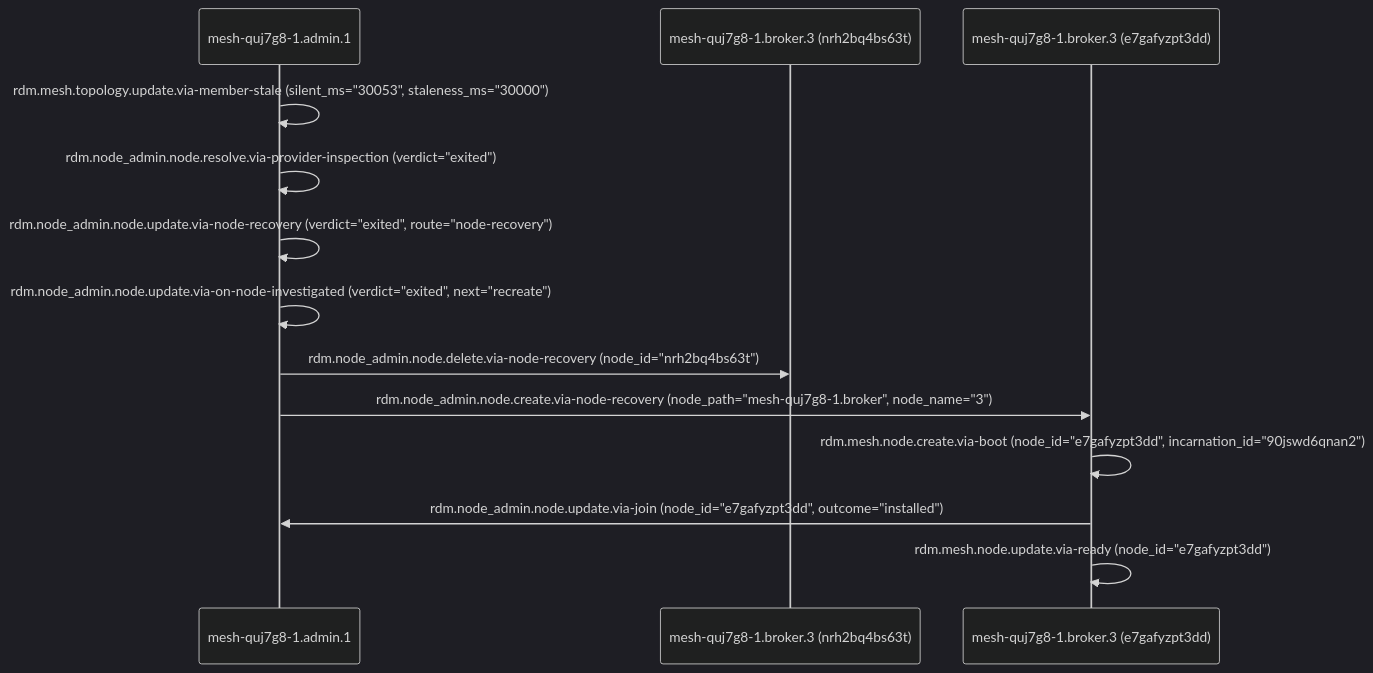
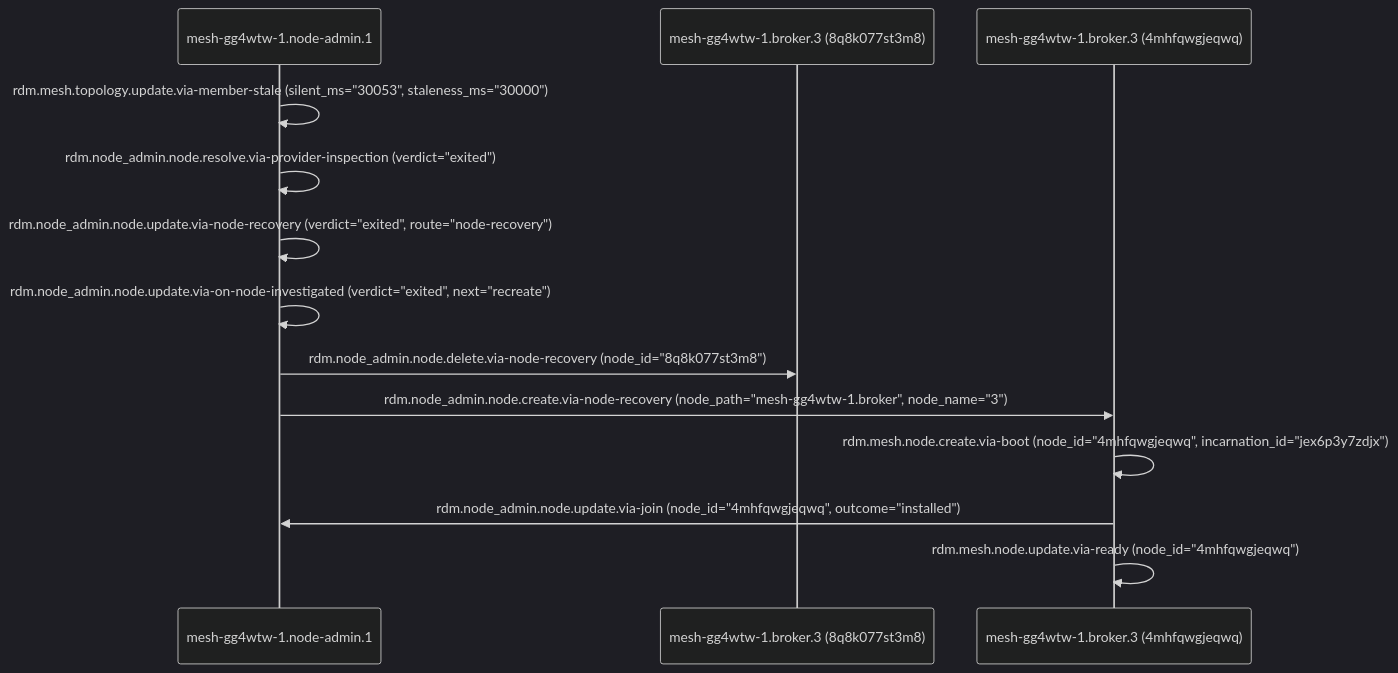
The second of 3 diagrams in docs/eng/tour.md (drlukeangel/rust-distributed-mesh), drawn with Mermaid (dark theme) before and after one commit. The commit also changed other lines of this file and 4 other files, not shown here.

````diff
--- a/docs/eng/tour.md
+++ b/docs/eng/tour.md
@@ -214,16 +220,16 @@
 ```mermaid
 sequenceDiagram
-    participant A1 as mesh-quj7g8-1.admin.1
-    participant B3_old as mesh-quj7g8-1.broker.3 (nrh2bq4bs63t)
-    participant B3_new as mesh-quj7g8-1.broker.3 (e7gafyzpt3dd)
+    participant A1 as mesh-gg4wtw-1.node-admin.1
+    participant B3_old as mesh-gg4wtw-1.broker.3 (8q8k077st3m8)
+    participant B3_new as mesh-gg4wtw-1.broker.3 (4mhfqwgjeqwq)
 
     A1->>A1: rdm.mesh.topology.update.via-member-stale (silent_ms="30053", staleness_ms="30000")
     A1->>A1: rdm.node_admin.node.resolve.via-provider-inspection (verdict="exited")
     A1->>A1: rdm.node_admin.node.update.via-node-recovery (verdict="exited", route="node-recovery")
     A1->>A1: rdm.node_admin.node.update.via-on-node-investigated (verdict="exited", next="recreate")
-    A1->>B3_old: rdm.node_admin.node.delete.via-node-recovery (node_id="nrh2bq4bs63t")
-    A1->>B3_new: rdm.node_admin.node.create.via-node-recovery (node_path="mesh-quj7g8-1.broker", node_name="3")
-    B3_new->>B3_new: rdm.mesh.node.create.via-boot (node_id="e7gafyzpt3dd", incarnation_id="90jswd6qnan2")
-    B3_new->>A1: rdm.node_admin.node.update.via-join (node_id="e7gafyzpt3dd", outcome="installed")
-    B3_new->>B3_new: rdm.mesh.node.update.via-ready (node_id="e7gafyzpt3dd")
+    A1->>B3_old: rdm.node_admin.node.delete.via-node-recovery (node_id="8q8k077st3m8")
+    A1->>B3_new: rdm.node_admin.node.create.via-node-recovery (node_path="mesh-gg4wtw-1.broker", node_name="3")
+    B3_new->>B3_new: rdm.mesh.node.create.via-boot (node_id="4mhfqwgjeqwq", incarnation_id="jex6p3y7zdjx")
+    B3_new->>A1: rdm.node_admin.node.update.via-join (node_id="4mhfqwgjeqwq", outcome="installed")
+    B3_new->>B3_new: rdm.mesh.node.update.via-ready (node_id="4mhfqwgjeqwq")
 ```
````
